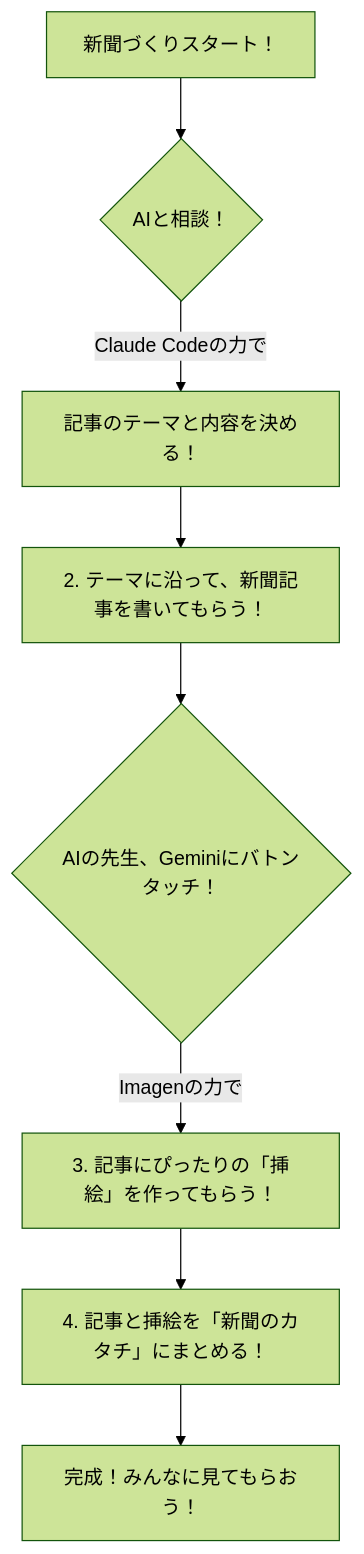
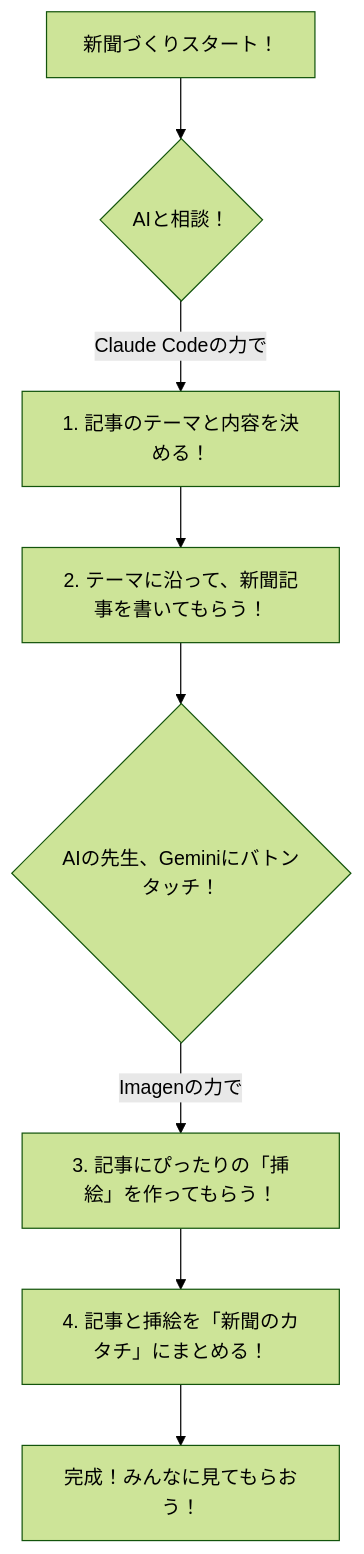
Before and after one commit to mizunadad/claude-code-test: the diagram in mkNewsPaper_minato.md, drawn with Mermaid (forest theme).

````diff
--- a/mkNewsPaper_minato.md
+++ b/mkNewsPaper_minato.md
@@ -1,10 +1,10 @@
 ```mermaid
 graph TD
     A[新聞づくりスタート！] --> B{AIと相談！};
-    B -- Claude Codeの力で --> C[記事のテーマと内容を決める！];
-    C --> D[2. テーマに沿って、新聞記事を書いてもらう！];
+    B -- Claude Codeの力で --> C["1. 記事のテーマと内容を決める！"];
+    C --> D["2. テーマに沿って、新聞記事を書いてもらう！"];
     D --> E{AIの先生、Geminiにバトンタッチ！};
-    E -- Imagenの力で --> F[3. 記事にぴったりの「挿絵」を作ってもらう！];
-    F --> G[4. 記事と挿絵を「新聞のカタチ」にまとめる！];
+    E -- Imagenの力で --> F["3. 記事にぴったりの「挿絵」を作ってもらう！"];
+    F --> G["4. 記事と挿絵を「新聞のカタチ」にまとめる！"];
     G --> H[完成！みんなに見てもらおう！];
 ```
````
